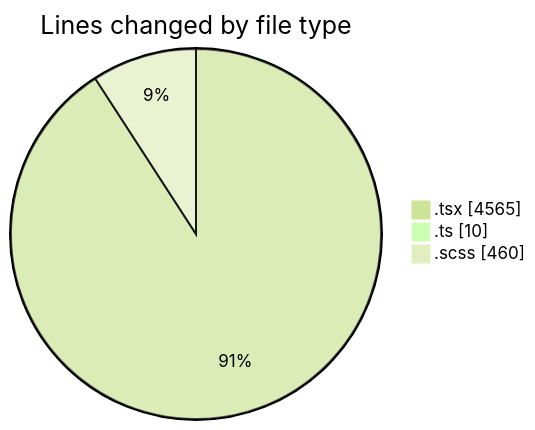
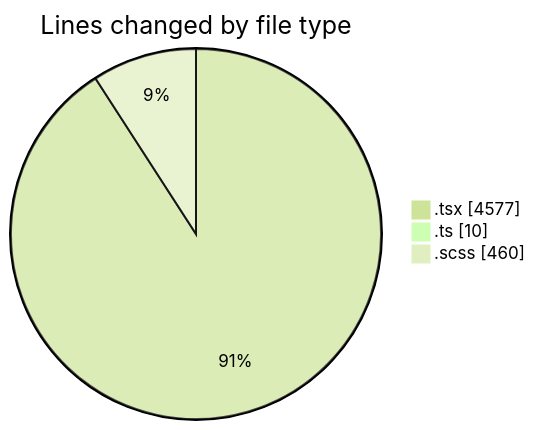
One commit to momahboobian/code-tracking changed the first of 2 diagrams in 2025-11-17/cda/README.md. Above: the diagram before and after it, drawn with Mermaid (forest theme). The commit also changed other lines of this file and 1 other file, not shown here.

````diff
--- a/2025-11-17/cda/README.md
+++ b/2025-11-17/cda/README.md
@@ -30,7 +30,7 @@
 ```mermaid
 pie showData
 title Lines changed by file type
-".tsx" : 4565
+".tsx" : 4577
 ".ts" : 10
 ".scss" : 460
 ```
````
